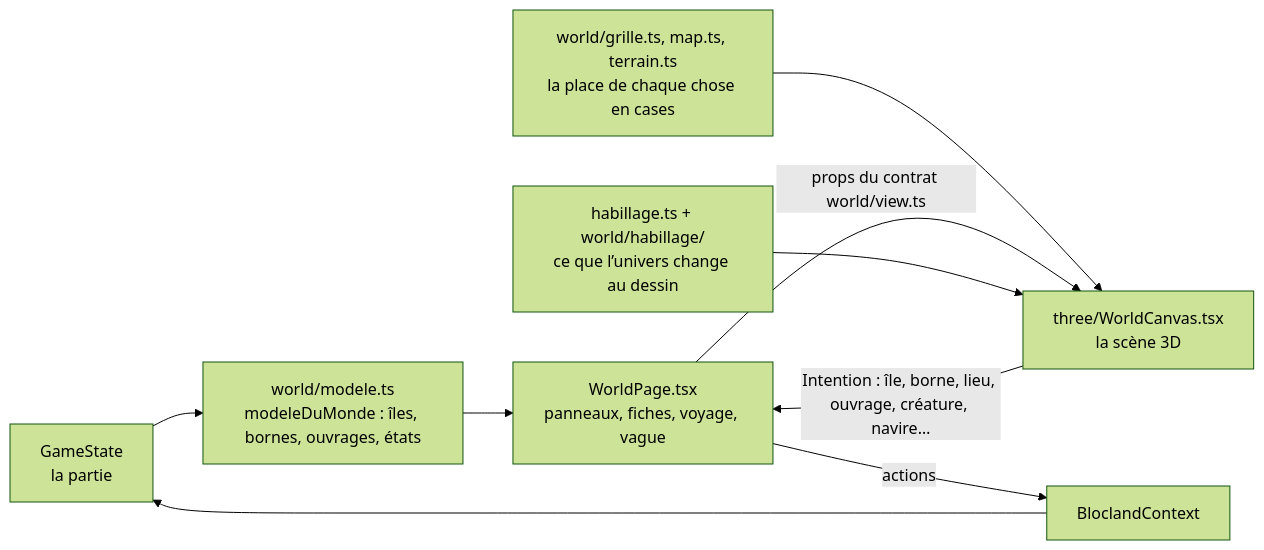
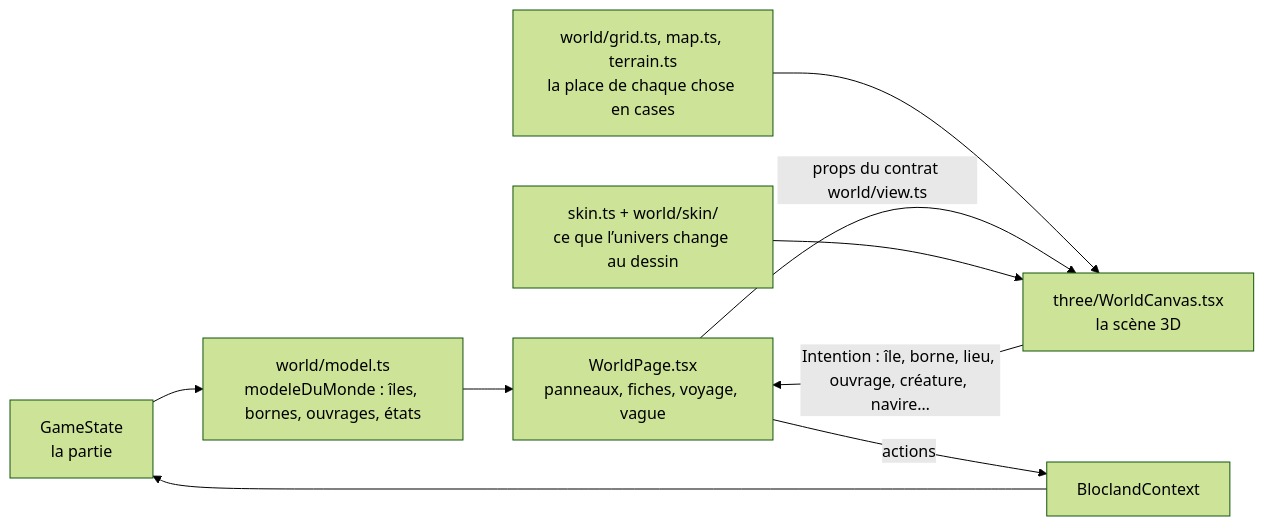
The first of 3 diagrams in docs/architecture/monde.md (g7ed6e/dysapps), drawn with Mermaid (forest theme) before and after one commit. The commit also changed other lines of this file and 681 other files, not shown here.

````diff
--- a/docs/architecture/monde.md
+++ b/docs/architecture/monde.md
@@ -7,11 +7,11 @@
 ```mermaid
 flowchart LR
-  etat[GameState<br/>la partie] --> modele[world/modele.ts<br/>modeleDuMonde : îles, bornes, ouvrages, états]
+  etat[GameState<br/>la partie] --> modele[world/model.ts<br/>modeleDuMonde : îles, bornes, ouvrages, états]
   modele --> page[WorldPage.tsx<br/>panneaux, fiches, voyage, vague]
-  grille[world/grille.ts, map.ts, terrain.ts<br/>la place de chaque chose en cases] --> vue
+  grille[world/grid.ts, map.ts, terrain.ts<br/>la place de chaque chose en cases] --> vue
   page -- props du contrat world/view.ts --> vue[three/WorldCanvas.tsx<br/>la scène 3D]
-  habillage[habillage.ts + world/habillage/<br/>ce que l’univers change au dessin] --> vue
+  habillage[skin.ts + world/skin/<br/>ce que l’univers change au dessin] --> vue
   vue -- Intention : île, borne, lieu, ouvrage, créature, navire… --> page
   page -- actions --> ctx[BloclandContext]
   ctx --> etat
 ```
````
